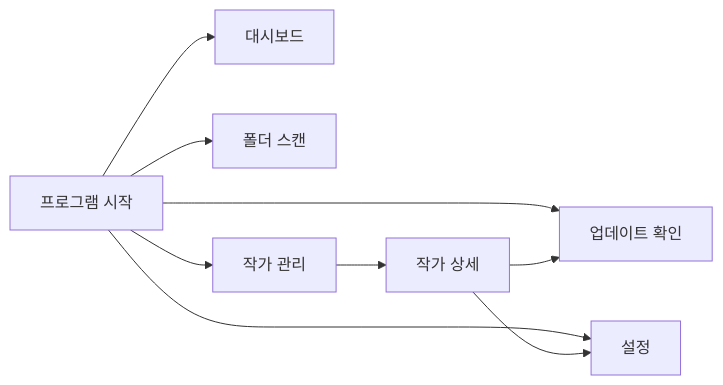
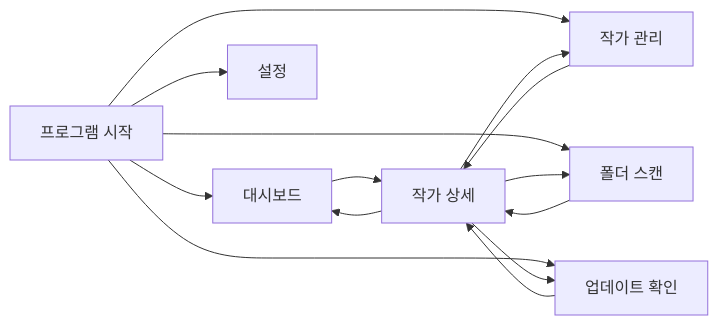
The first of 25 diagrams in docs/03_SYSTEM_FLOW.md (PKT0623/PixivLocalManager), drawn with Mermaid before and after one commit. The commit also changed other lines of this file and 10 other files, not shown here.

````diff
--- a/docs/03_SYSTEM_FLOW.md
+++ b/docs/03_SYSTEM_FLOW.md
@@ -5,15 +5,21 @@
 ```mermaid
 flowchart LR
 
 START[프로그램 시작]
 
 START --> DASHBOARD[대시보드]
 START --> SCAN[폴더 스캔]
 START --> ARTISTS[작가 관리]
 START --> UPDATE[업데이트 확인]
 START --> SETTINGS[설정]
 
-ARTISTS --> DETAIL[작가 상세]
+DASHBOARD --> DETAIL[작가 상세]
+ARTISTS --> DETAIL
+SCAN --> DETAIL
+UPDATE --> DETAIL
+
+DETAIL --> DASHBOARD
+DETAIL --> ARTISTS
+DETAIL --> SCAN
 DETAIL --> UPDATE
-DETAIL --> SETTINGS
 ```
````
